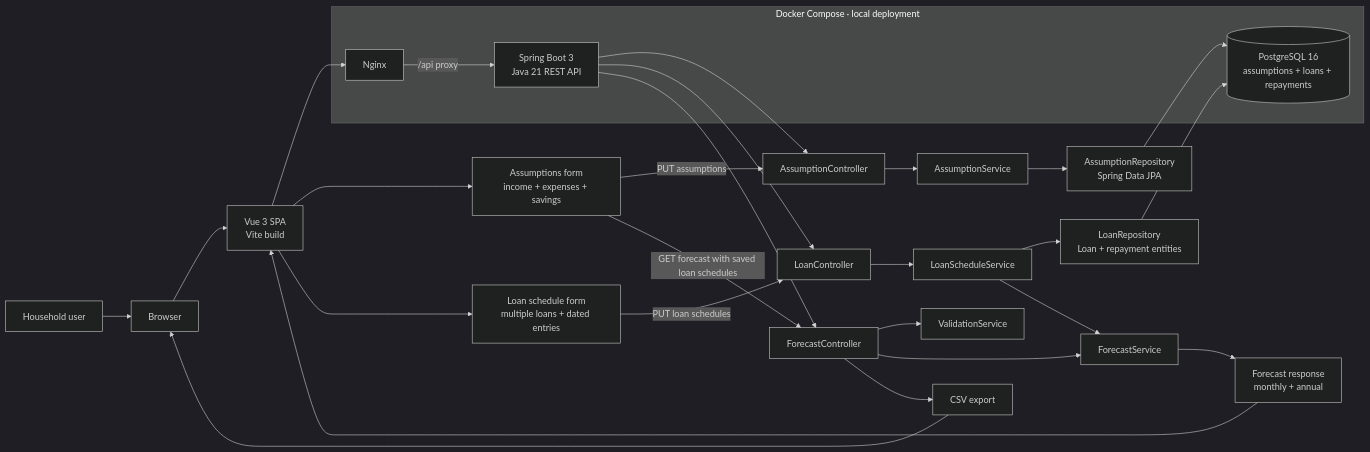
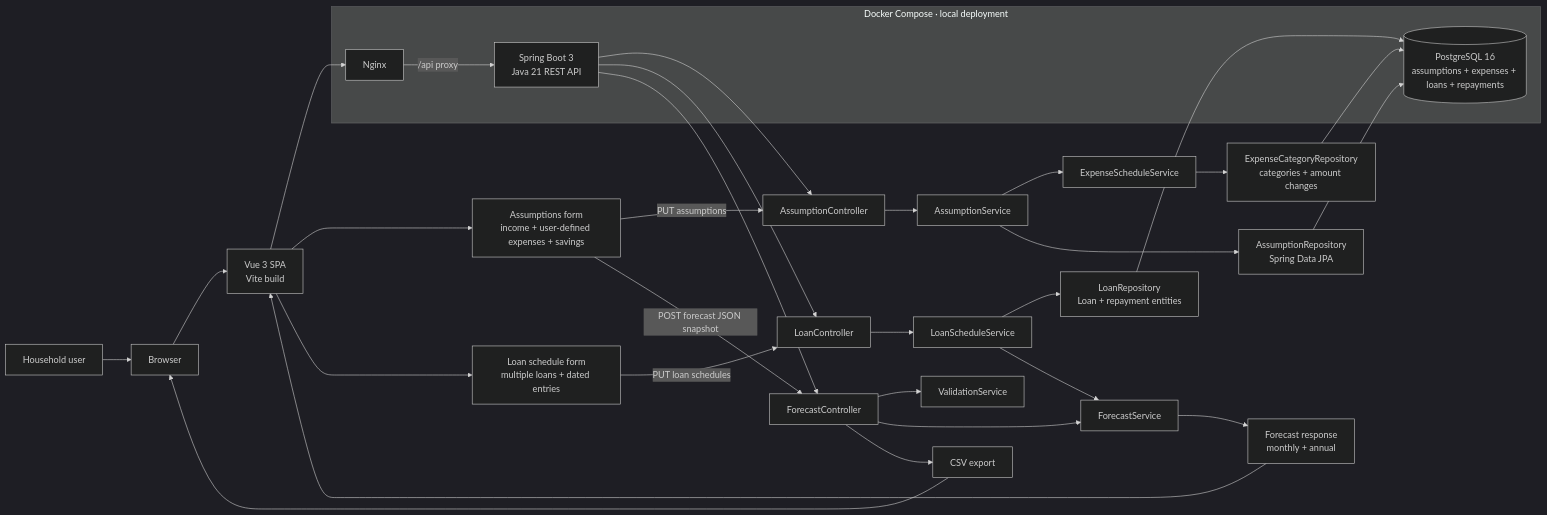
The diagram in docs/diagrams/system-architecture.mmd (samdofreelancer/personal-finance-planner), drawn with Mermaid (dark theme) before and after one commit. The commit also changed 37 other files, not shown here.

Commit message:
feat: support user-defined recurring expenses

```diff
--- a/docs/diagrams/system-architecture.mmd
+++ b/docs/diagrams/system-architecture.mmd
@@ -1,31 +1,34 @@
 flowchart LR
   U["Household user"] --> B["Browser"]
   B --> FE["Vue 3 SPA<br/>Vite build"]
   FE --> N["Nginx"]
   N -->|"/api proxy"| API["Spring Boot 3<br/>Java 21 REST API"]
   API --> AC["AssumptionController"]
   API --> LC["LoanController"]
   API --> FC["ForecastController"]
   AC --> AS["AssumptionService"]
+  AS --> ES["ExpenseScheduleService"]
   LC --> LS["LoanScheduleService"]
   FC --> VS["ValidationService"]
   FC --> FS["ForecastService"]
   AS --> REPO["AssumptionRepository<br/>Spring Data JPA"]
+  ES --> EREPO["ExpenseCategoryRepository<br/>categories + amount changes"]
   LS --> LREPO["LoanRepository<br/>Loan + repayment entities"]
-  REPO --> DB[("PostgreSQL 16<br/>assumptions + loans + repayments")]
+  REPO --> DB[("PostgreSQL 16<br/>assumptions + expenses + loans + repayments")]
+  EREPO --> DB
   LREPO --> DB
   LS --> FS
   FS --> OUT["Forecast response<br/>monthly + annual"]
   OUT --> FE
   FC --> CSV["CSV export"]
   CSV --> B
-  FE --> FORM["Assumptions form<br/>income + expenses + savings"]
+  FE --> FORM["Assumptions form<br/>income + user-defined expenses + savings"]
   FE --> LFORM["Loan schedule form<br/>multiple loans + dated entries"]
   FORM -->|"PUT assumptions"| AC
   LFORM -->|"PUT loan schedules"| LC
-  FORM -->|"GET forecast with saved loan schedules"| FC
+  FORM -->|"POST forecast JSON snapshot"| FC
   subgraph Runtime["Docker Compose · local deployment"]
     N
     API
     DB
   end
```
